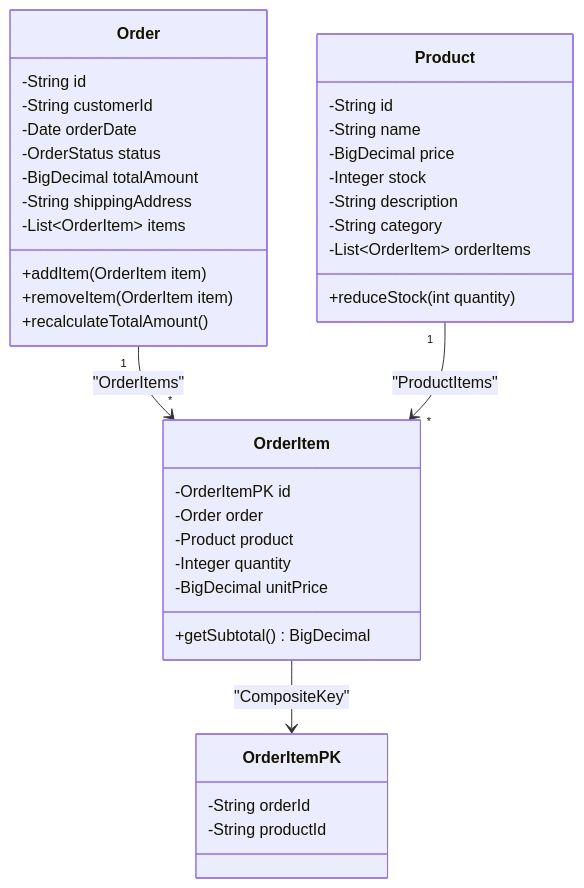
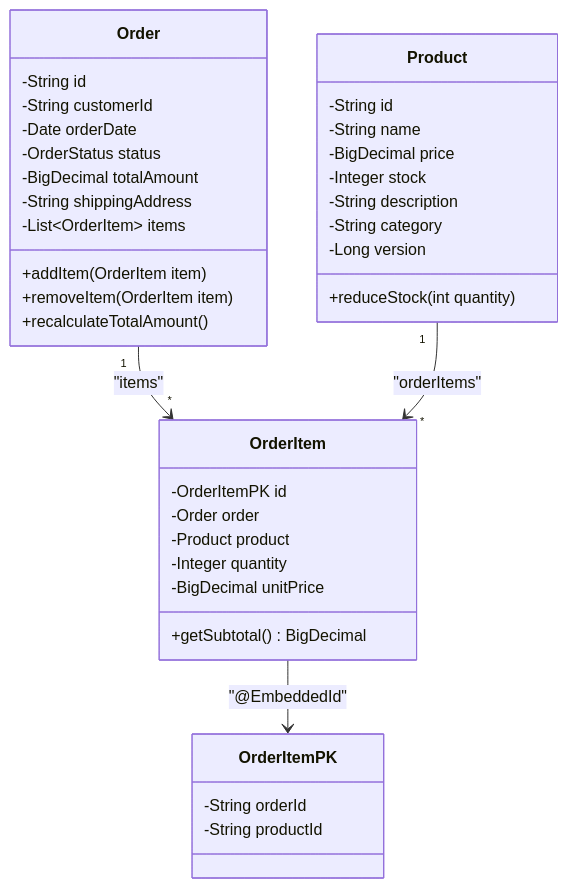
Before and after one commit to Jared73431/SpringTest: the fourth of 5 diagrams in Spring_JPA2/readme.md, drawn with Mermaid. The commit also changed other lines of this file and 2 other files, not shown here.

````diff
--- a/Spring_JPA2/readme.md
+++ b/Spring_JPA2/readme.md
@@ -209,45 +175,44 @@
 ```mermaid
 classDiagram
     class Order {
         -String id
         -String customerId
         -Date orderDate
         -OrderStatus status
         -BigDecimal totalAmount
         -String shippingAddress
         -List~OrderItem~ items
         +addItem(OrderItem item)
         +removeItem(OrderItem item)
         +recalculateTotalAmount()
     }
-    
+
     class Product {
         -String id
         -String name
         -BigDecimal price
         -Integer stock
         -String description
         -String category
-        -List~OrderItem~ orderItems
+        -Long version
         +reduceStock(int quantity)
     }
-    
+
     class OrderItem {
         -OrderItemPK id
         -Order order
         -Product product
         -Integer quantity
         -BigDecimal unitPrice
         +getSubtotal() BigDecimal
     }
-    
+
     class OrderItemPK {
         -String orderId
         -String productId
     }
-    
-    Order  "1" --> "*" OrderItem : "OrderItems"
-    Product  "1" --> "*" OrderItem : "ProductItems"
-    OrderItem --> OrderItemPK : "CompositeKey"
 
+    Order "1" --> "*" OrderItem : "items"
+    Product "1" --> "*" OrderItem : "orderItems"
+    OrderItem --> OrderItemPK : "@EmbeddedId"
 ```
````
